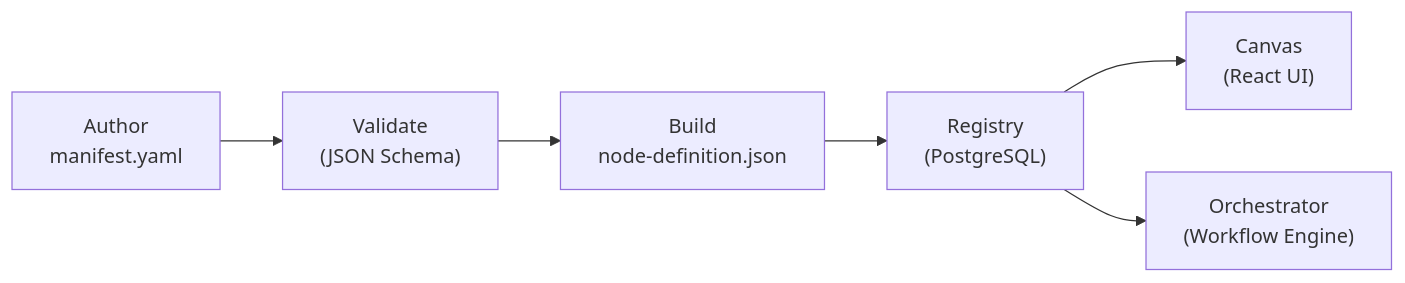
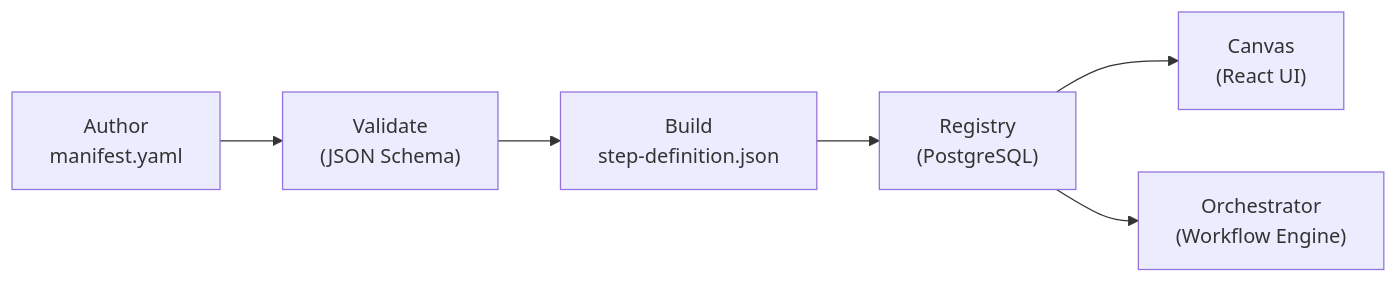
Before and after one commit to syntara-orchestration/syntara-node-sdk: the diagram in README.md, drawn with Mermaid. The commit also changed other lines of this file and 68 other files, not shown here.

Commit message:
fix: Restructure SDK and update terminology from "node" to "step"  (#4)

````diff
--- a/README.md
+++ b/README.md
@@ -177,13 +176,13 @@
 ```mermaid
 graph LR
     AUTHOR["Author<br/>manifest.yaml"]
     VALIDATE["Validate<br/>(JSON Schema)"]
-    BUILD["Build<br/>node-definition.json"]
+    BUILD["Build<br/>step-definition.json"]
     REGISTRY["Registry<br/>(PostgreSQL)"]
     CANVAS["Canvas<br/>(React UI)"]
     ORCHESTRATOR["Orchestrator<br/>(Workflow Engine)"]
 
     AUTHOR --> VALIDATE --> BUILD --> REGISTRY
     REGISTRY --> CANVAS
     REGISTRY --> ORCHESTRATOR
 ```
````
